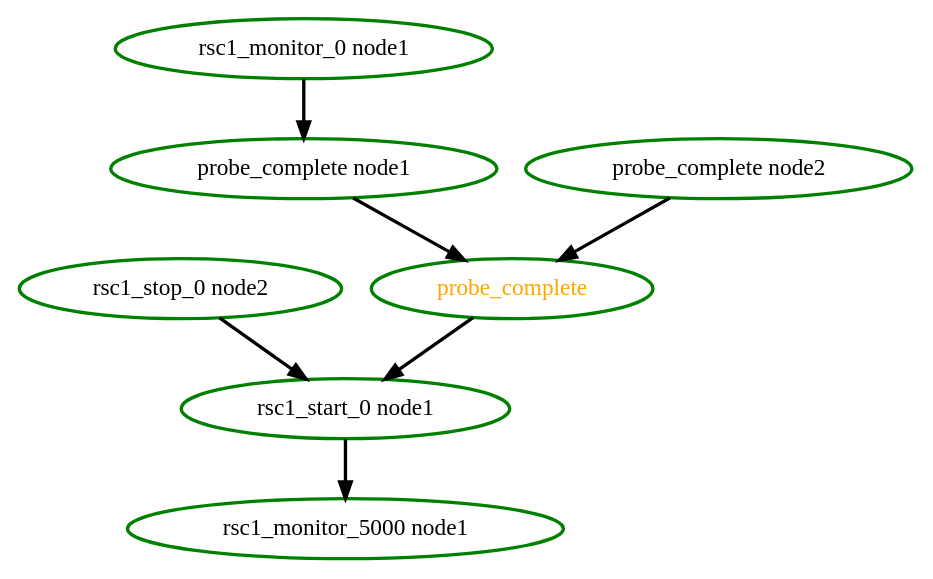
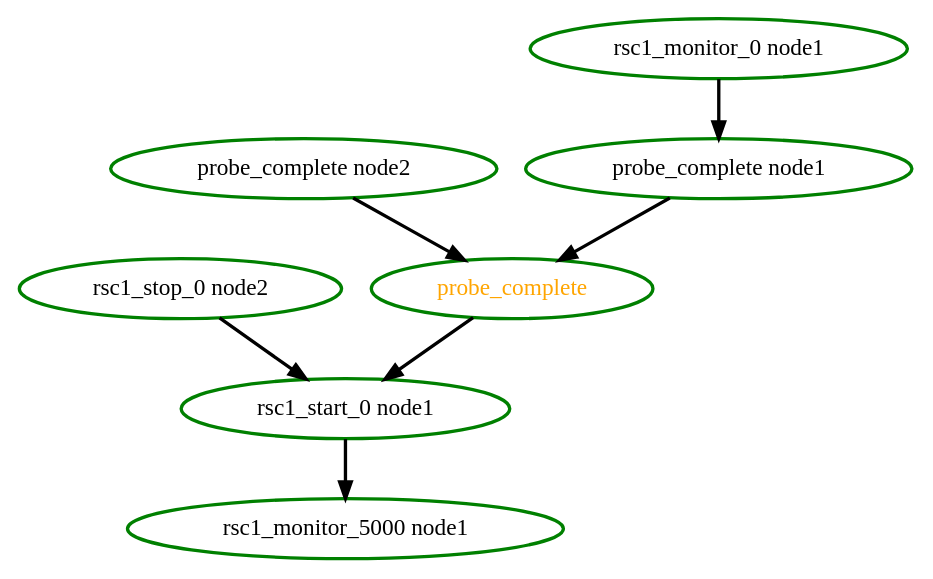
One commit to richiewen8/heartbeat changed the diagram in crm/pengine/testcases/mon-rsc-4.dot. Above: the diagram before and after it, drawn with Graphviz. The commit also changed 176 other files, not shown here.

```diff
--- a/crm/pengine/testcases/mon-rsc-4.dot
+++ b/crm/pengine/testcases/mon-rsc-4.dot
@@ -1,16 +1,15 @@
-digraph "g" {
-	size = "30,30"
+ digraph "g" {
+"probe_complete node1" -> "probe_complete" [ style = bold]
+"probe_complete node1" [ style=bold color="green" fontcolor="black" ]
+"probe_complete node2" -> "probe_complete" [ style = bold]
+"probe_complete node2" [ style=bold color="green" fontcolor="black" ]
+"probe_complete" -> "rsc1_start_0 node1" [ style = bold]
 "probe_complete" [ style=bold color="green" fontcolor="orange" ]
-"probe_complete node1" [ style=bold color="green" fontcolor="black" ]
+"rsc1_monitor_0 node1" -> "probe_complete node1" [ style = bold]
 "rsc1_monitor_0 node1" [ style=bold color="green" fontcolor="black" ]
-"probe_complete node2" [ style=bold color="green" fontcolor="black" ]
+"rsc1_monitor_5000 node1" [ style=bold color="green" fontcolor="black" ]
+"rsc1_start_0 node1" -> "rsc1_monitor_5000 node1" [ style = bold]
+"rsc1_start_0 node1" [ style=bold color="green" fontcolor="black" ]
+"rsc1_stop_0 node2" -> "rsc1_start_0 node1" [ style = bold]
 "rsc1_stop_0 node2" [ style=bold color="green" fontcolor="black" ]
-"rsc1_start_0 node1" [ style=bold color="green" fontcolor="black" ]
-"rsc1_monitor_5000 node1" [ style=bold color="green" fontcolor="black" ]
-"probe_complete node1" -> "probe_complete" [ style = bold]
-"probe_complete node2" -> "probe_complete" [ style = bold]
-"rsc1_monitor_0 node1" -> "probe_complete node1" [ style = bold]
-"probe_complete" -> "rsc1_start_0 node1" [ style = bold]
-"rsc1_stop_0 node2" -> "rsc1_start_0 node1" [ style = bold]
-"rsc1_start_0 node1" -> "rsc1_monitor_5000 node1" [ style = bold]
 }
```
